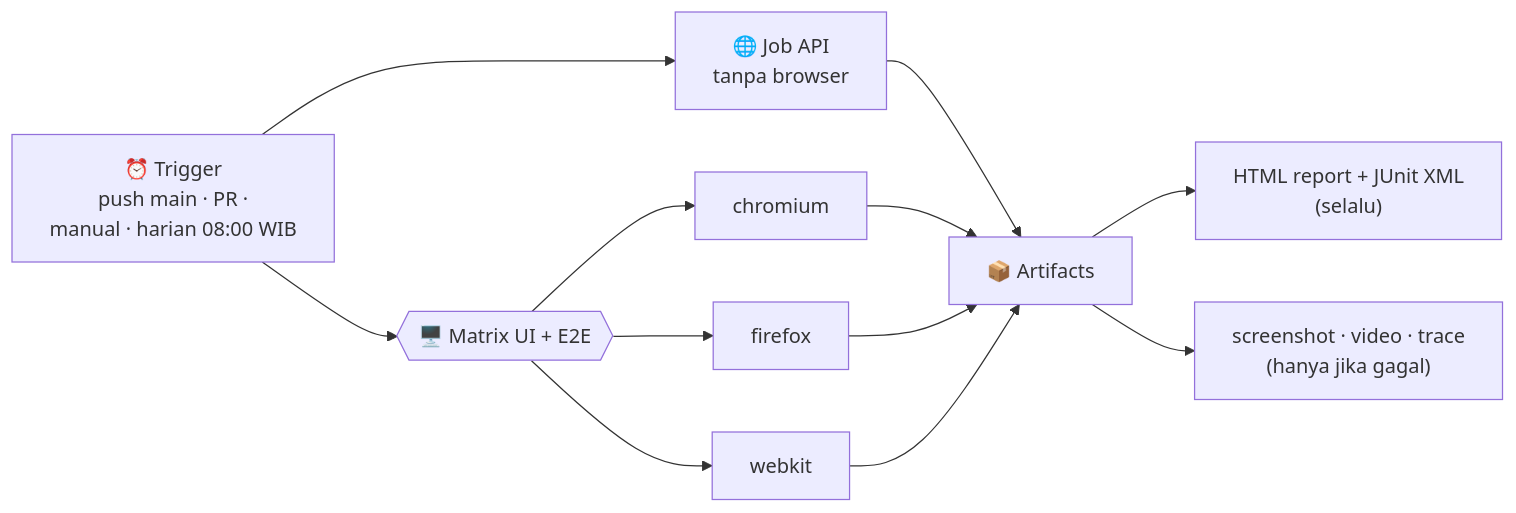
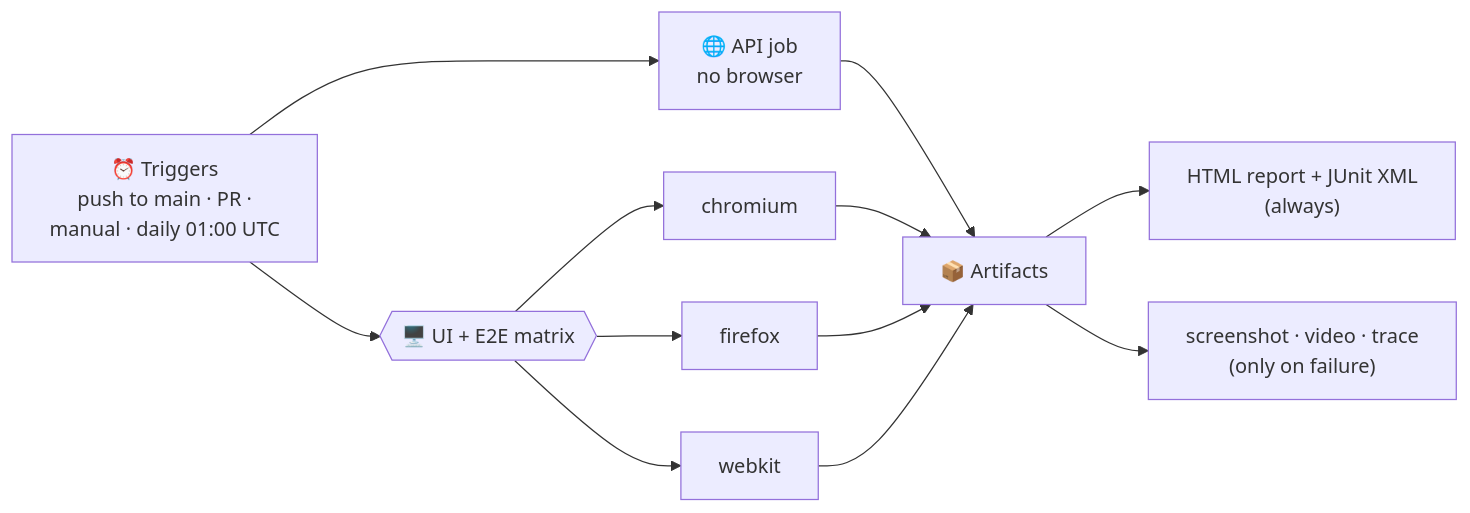
The sixth of 6 diagrams in README.md (HivanA98/Playwright_Python), drawn with Mermaid before and after one commit. The commit also changed other lines of this file, not shown here.

````diff
--- a/README.md
+++ b/README.md
@@ -414,14 +424,14 @@
 ```mermaid
 flowchart LR
-    TR["⏰ Trigger<br/>push main · PR ·<br/>manual · harian 08:00 WIB"] --> API["🌐 Job API<br/>tanpa browser"]
-    TR --> M{{"🖥️ Matrix UI + E2E"}}
+    TR["⏰ Triggers<br/>push to main · PR ·<br/>manual · daily 01:00 UTC"] --> API["🌐 API job<br/>no browser"]
+    TR --> M{{"🖥️ UI + E2E matrix"}}
     M --> CH[chromium]
     M --> FF[firefox]
     M --> WK[webkit]
     API --> R[📦 Artifacts]
     CH --> R
     FF --> R
     WK --> R
-    R --> R1["HTML report + JUnit XML<br/>(selalu)"]
-    R --> R2["screenshot · video · trace<br/>(hanya jika gagal)"]
+    R --> R1["HTML report + JUnit XML<br/>(always)"]
+    R --> R2["screenshot · video · trace<br/>(only on failure)"]
 ```
````
